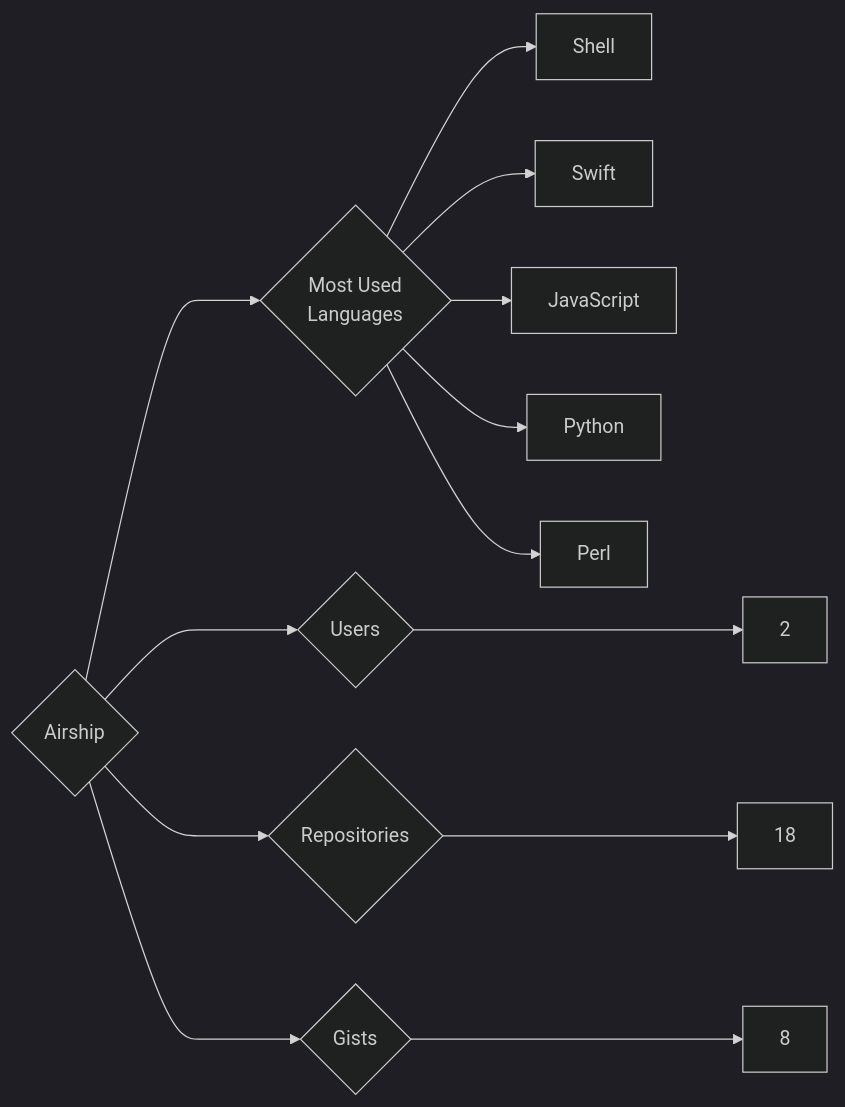
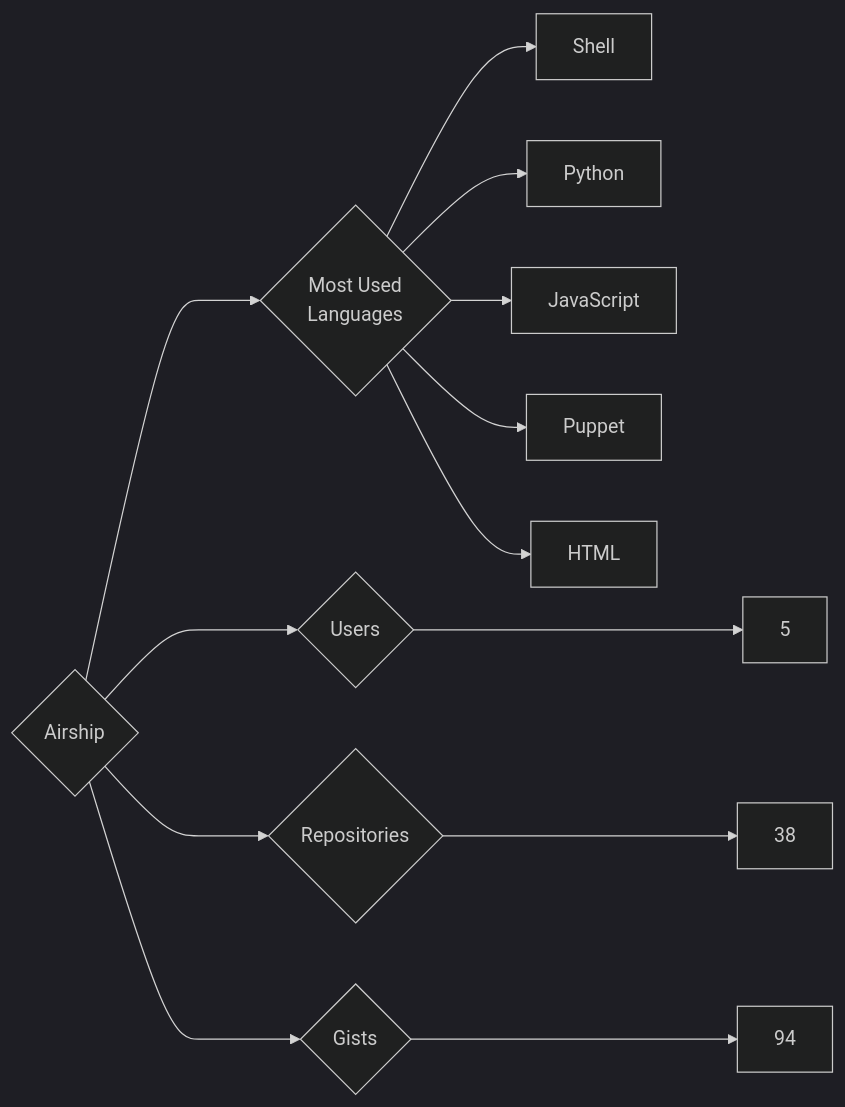
One commit to trickest/insiders changed the diagram in targets/Airship/README.md. Above: the diagram before and after it, drawn with Mermaid (dark theme). The commit also changed 1078 other files, not shown here.

````diff
--- a/targets/Airship/README.md
+++ b/targets/Airship/README.md
@@ -3,13 +3,13 @@
 ```mermaid
 graph LR
 COMPANY_NAME{Airship}
-COMPANY_NAME ---> U{Users} ---> UN[2]
-COMPANY_NAME ---> R{Repositories} ---> RN[18]
-COMPANY_NAME ---> G{Gists} ---> GN[8]
+COMPANY_NAME ---> U{Users} ---> UN[5]
+COMPANY_NAME ---> R{Repositories} ---> RN[38]
+COMPANY_NAME ---> G{Gists} ---> GN[94]
 COMPANY_NAME ---> ML{Most Used<br>Languages}
 ML --> Shell[Shell]
-ML --> Swift[Swift]
+ML --> Python[Python]
 ML --> JavaScript[JavaScript]
-ML --> Python[Python]
-ML --> Perl[Perl]
+ML --> Puppet[Puppet]
+ML --> HTML[HTML]
 ```
````
